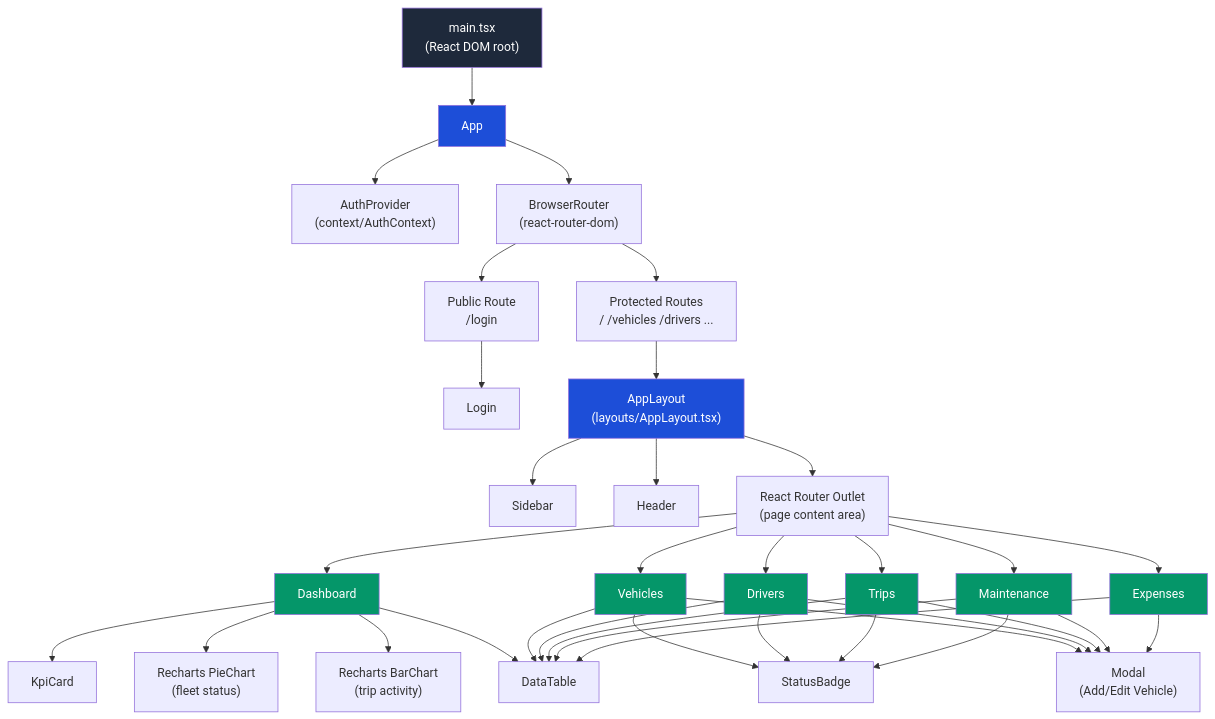
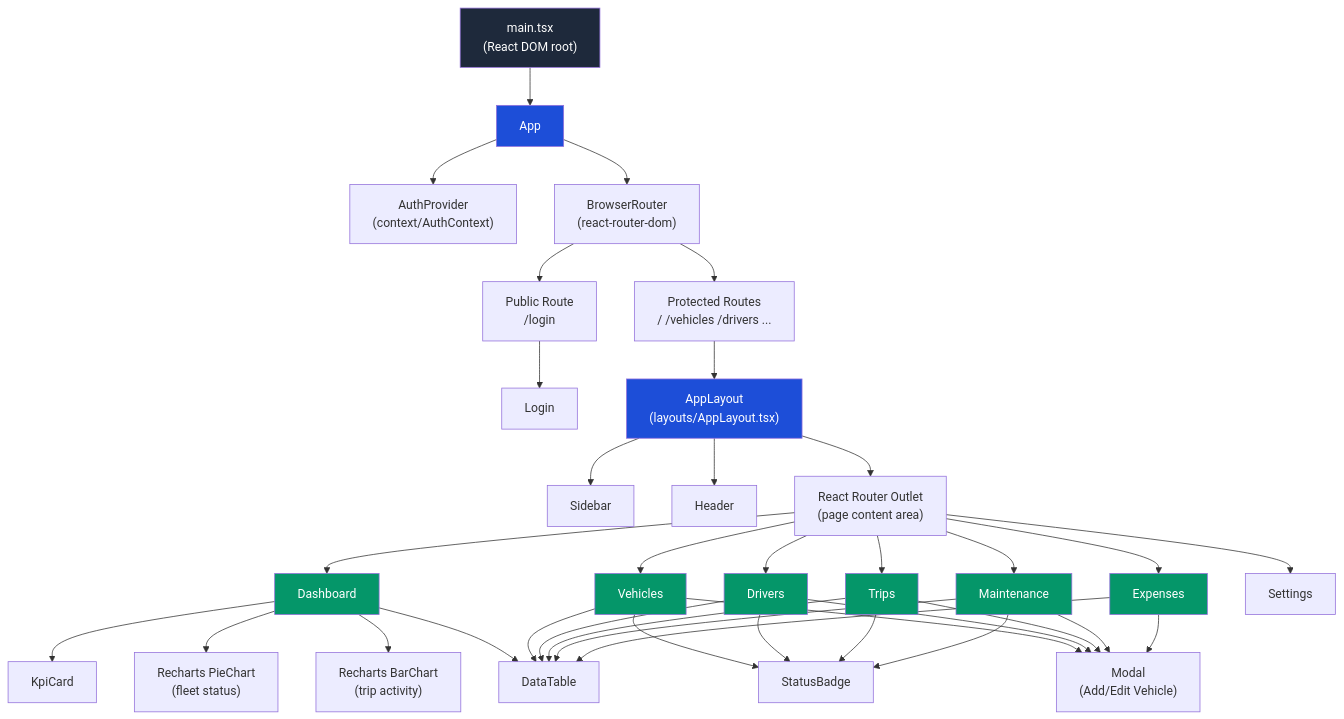
The first of 7 diagrams in docs/FRONTEND.md (pvraguram/TransitOps-Smart-Transport-Operations-Platform), drawn with Mermaid before and after one commit. The commit also changed other lines of this file and 5 other files, not shown here.

````diff
--- a/docs/FRONTEND.md
+++ b/docs/FRONTEND.md
@@ -93,59 +95,60 @@
 ```mermaid
 graph TD
     main["main.tsx\n(React DOM root)"]
     main --> App
 
     App --> AuthProvider["AuthProvider\n(context/AuthContext)"]
     App --> BrowserRouter["BrowserRouter\n(react-router-dom)"]
 
     BrowserRouter --> PublicRoute["Public Route\n/login"]
     BrowserRouter --> ProtectedRoute["Protected Routes\n/ /vehicles /drivers ..."]
 
     PublicRoute --> Login
 
     ProtectedRoute --> AppLayout["AppLayout\n(layouts/AppLayout.tsx)"]
     AppLayout --> Sidebar
     AppLayout --> Header
     AppLayout --> Outlet["React Router Outlet\n(page content area)"]
 
     Outlet --> Dashboard
     Outlet --> Vehicles
     Outlet --> Drivers
     Outlet --> Trips
     Outlet --> Maintenance
     Outlet --> Expenses
+    Outlet --> Settings
 
     Dashboard --> KpiCard
     Dashboard --> RechartsDonut["Recharts PieChart\n(fleet status)"]
     Dashboard --> RechartsBar["Recharts BarChart\n(trip activity)"]
     Dashboard --> DataTable
 
     Vehicles --> DataTable
     Vehicles --> StatusBadge
     Vehicles --> Modal["Modal\n(Add/Edit Vehicle)"]
 
     Drivers --> DataTable
     Drivers --> StatusBadge
     Drivers --> Modal
 
     Trips --> DataTable
     Trips --> StatusBadge
     Trips --> Modal
 
     Maintenance --> DataTable
     Maintenance --> StatusBadge
     Maintenance --> Modal
 
     Expenses --> DataTable
     Expenses --> Modal
 
     style main fill:#1E293B,color:#fff
     style App fill:#1D4ED8,color:#fff
     style AppLayout fill:#1D4ED8,color:#fff
     style Dashboard fill:#059669,color:#fff
     style Vehicles fill:#059669,color:#fff
     style Drivers fill:#059669,color:#fff
     style Trips fill:#059669,color:#fff
     style Maintenance fill:#059669,color:#fff
     style Expenses fill:#059669,color:#fff
 ```
````
